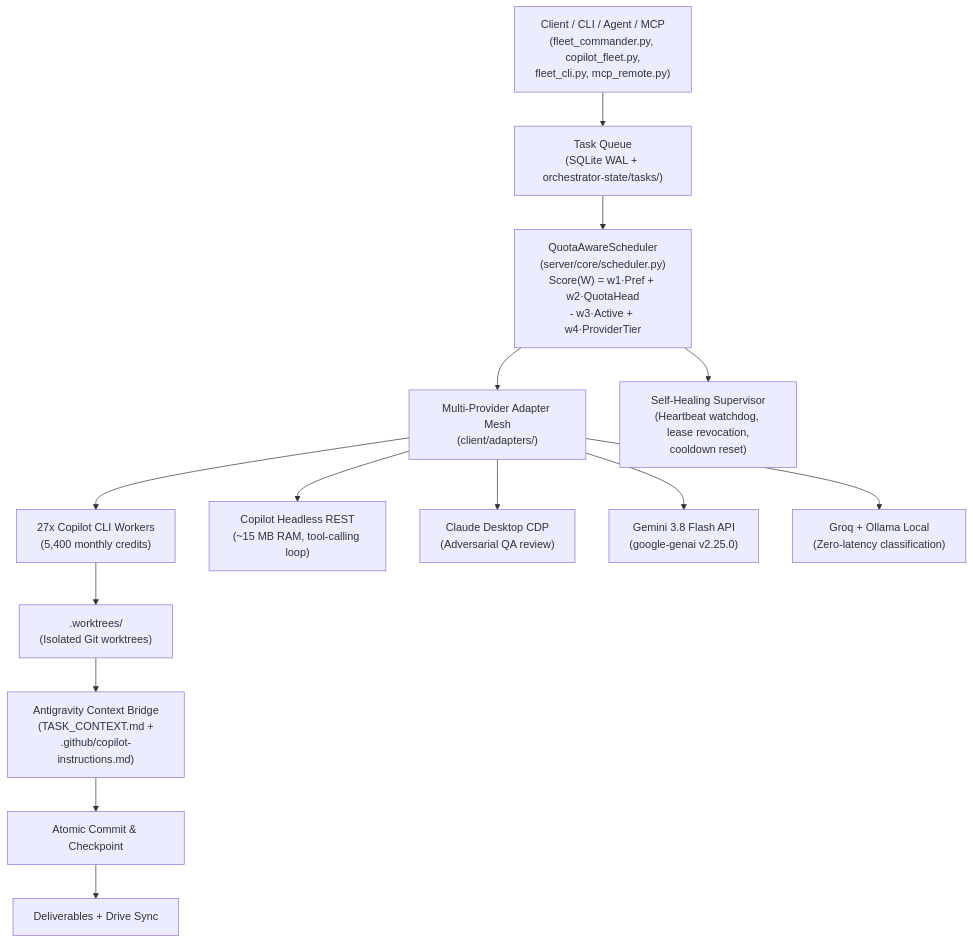
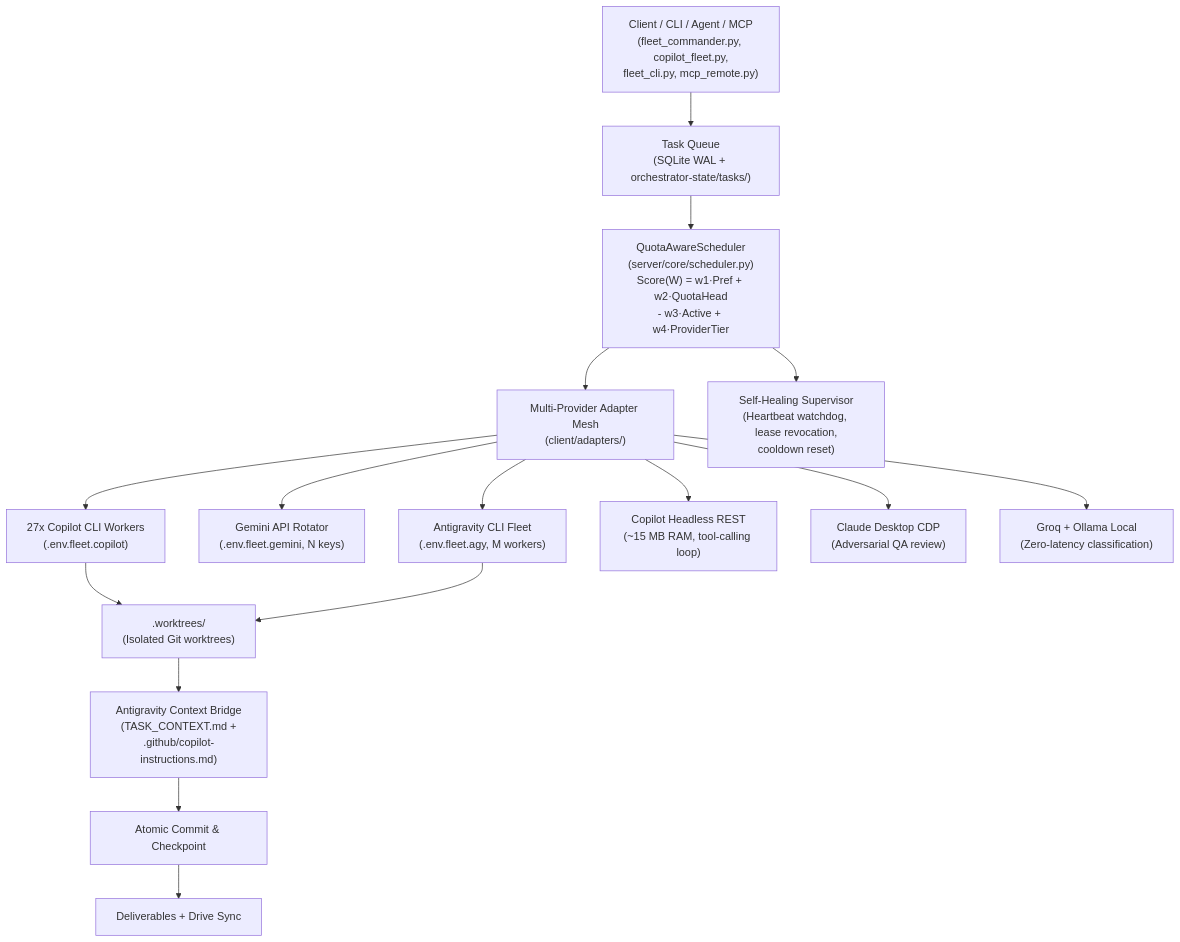
Before and after one commit to AaradhyaDT/Fleet-Orchestrator: the diagram in .agents/skills/fleet-orchestrator/SKILL.md, drawn with Mermaid. The commit also changed other lines of this file and 101 other files, not shown here.

Commit message:
feat(fleet): integrate Meteor Lake tri-hardware runtime, copilot auto-tier, and unified dataset

````diff
--- a/.agents/skills/fleet-orchestrator/SKILL.md
+++ b/.agents/skills/fleet-orchestrator/SKILL.md
@@ -23,21 +23,23 @@
 ```mermaid
 flowchart TD
     Submission["Client / CLI / Agent / MCP\n(fleet_commander.py, copilot_fleet.py,\nfleet_cli.py, mcp_remote.py)"] --> Queue["Task Queue\n(SQLite WAL + orchestrator-state/tasks/)"]
 
     Queue --> Scheduler["QuotaAwareScheduler\n(server/core/scheduler.py)\nScore(W) = w1·Pref + w2·QuotaHead\n- w3·Active + w4·ProviderTier"]
 
     Scheduler --> AdapterMesh["Multi-Provider Adapter Mesh\n(client/adapters/)"]
 
-    AdapterMesh --> CopilotCLI["27x Copilot CLI Workers\n(5,400 monthly credits)"]
+    AdapterMesh --> CopilotCLI["27x Copilot CLI Workers\n(.env.fleet.copilot)"]
+    AdapterMesh --> GeminiAPI["Gemini API Rotator\n(.env.fleet.gemini, N keys)"]
+    AdapterMesh --> AGYCLI["Antigravity CLI Fleet\n(.env.fleet.agy, M workers)"]
     AdapterMesh --> CopilotHeadless["Copilot Headless REST\n(~15 MB RAM, tool-calling loop)"]
     AdapterMesh --> ClaudeCDP["Claude Desktop CDP\n(Adversarial QA review)"]
-    AdapterMesh --> GeminiAPI["Gemini 3.8 Flash API\n(google-genai v2.25.0)"]
     AdapterMesh --> GroqOllama["Groq + Ollama Local\n(Zero-latency classification)"]
 
     CopilotCLI --> Worktrees[".worktrees/\n(Isolated Git worktrees)"]
+    AGYCLI --> Worktrees
     Worktrees --> Bridge["Antigravity Context Bridge\n(TASK_CONTEXT.md +\n.github/copilot-instructions.md)"]
     Bridge --> Commit["Atomic Commit & Checkpoint"]
     Commit --> Output["Deliverables + Drive Sync"]
 
     Scheduler --> Supervisor["Self-Healing Supervisor\n(Heartbeat watchdog, lease revocation,\ncooldown reset)"]
 ```
````
